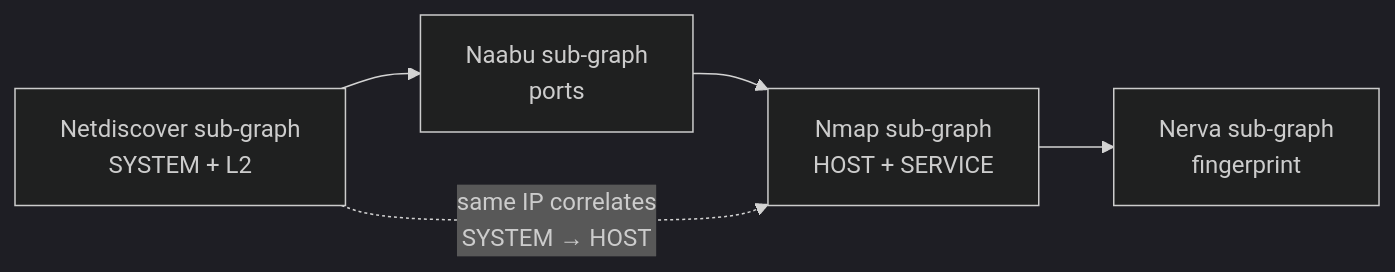
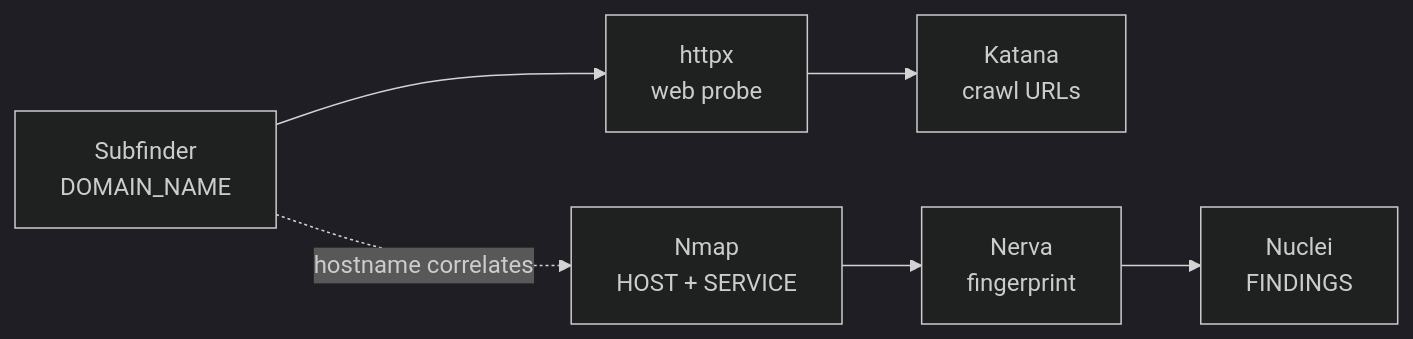
Before and after one commit to brettforbes/spiderfeet: diagram 13 of 13 in .docs/docs-for-cli-tools/_Current_Ontology.md, drawn with Mermaid (dark theme). The commit also changed other lines of this file and 56 other files, not shown here.

````diff
--- a/.docs/docs-for-cli-tools/_Current_Ontology.md
+++ b/.docs/docs-for-cli-tools/_Current_Ontology.md
@@ -296,9 +391,18 @@
 ```mermaid
 flowchart LR
-  nd["Netdiscover sub-graph\nSYSTEM + L2"]
-  nb["Naabu sub-graph\nports"]
-  nm["Nmap sub-graph\nHOST + SERVICE"]
-  nv["Nerva sub-graph\nfingerprint"]
-  nd --> nb --> nm --> nv
-  nd -.->|"same IP correlates\nSYSTEM → HOST"| nm
+  sf["Subfinder
+DOMAIN_NAME"]
+  hx["httpx
+web probe"]
+  ka["Katana
+crawl URLs"]
+  nm["Nmap
+HOST + SERVICE"]
+  nv["Nerva
+fingerprint"]
+  nu["Nuclei
+FINDINGS"]
+  sf --> hx --> ka
+  nm --> nv --> nu
+  sf -.->|"hostname correlates"| nm
 ```
````
